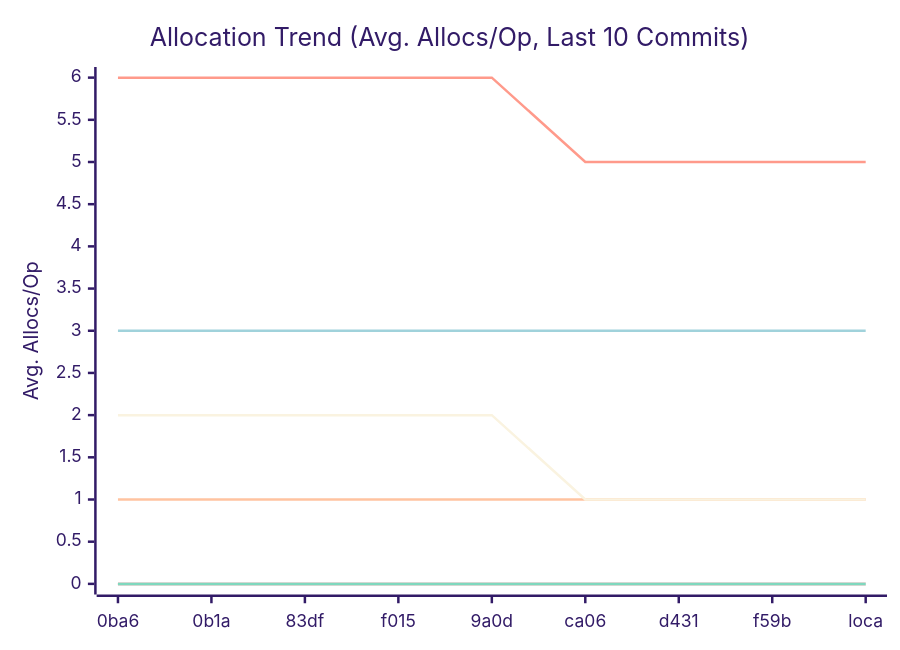
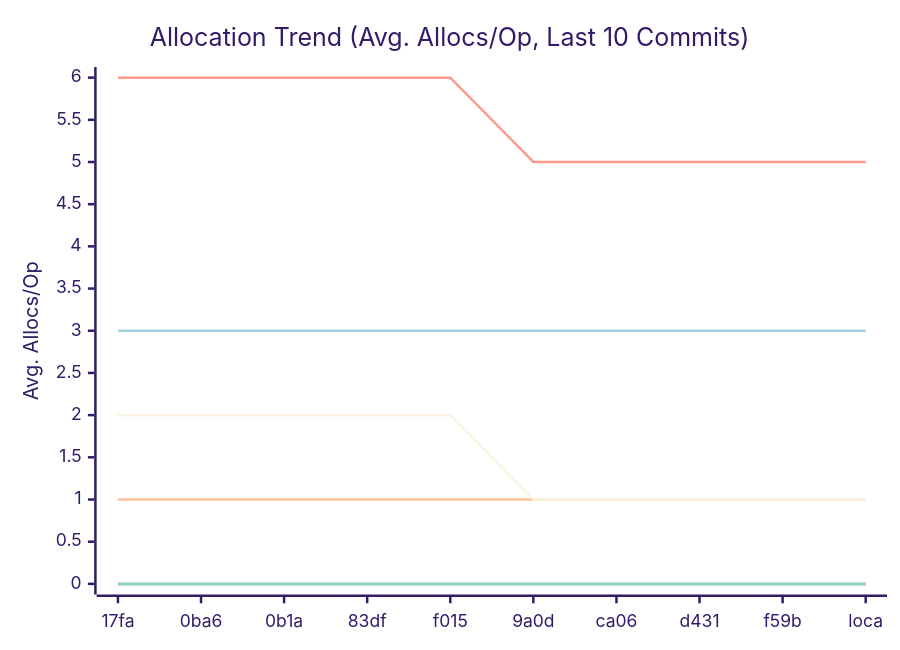
Before and after one commit to alsotoes/momo: the third of 3 diagrams in docs/PERFORMANCE.md, drawn with Mermaid (forest theme). The commit also changed other lines of this file and 9 other files, not shown here.

````diff
--- a/docs/PERFORMANCE.md
+++ b/docs/PERFORMANCE.md
@@ -114,16 +115,16 @@
 ```mermaid
 xychart-beta
     title "Allocation Trend (Avg. Allocs/Op, Last 10 Commits)"
     x-axis "Commit"
     y-axis "Avg. Allocs/Op"
-    x-axis [0ba6,0b1a,83df,f015,9a0d,ca06,d431,f59b,loca]
+    x-axis [17fa,0ba6,0b1a,83df,f015,9a0d,ca06,d431,f59b,loca]
     line "CheckMetricsAndSwap" [0,0,0,0,0,0,0,0,0,0]
     line "CrushOptimized" [0,0,0,0,0,0,0,0,0,0]
     line "CrushOriginal" [3,3,3,3,3,3,3,3,3,3]
     line "IndexDirectTracking" [0,0,0,0,0,0,0,0,0,0]
     line "IndexSearch" [0,0,0,0,0,0,0,0,0,0]
     line "LoadGlobalConfig" [1,1,1,1,1,1,1,1,1,1]
     line "PadString" [0,0,0,0,0,0,0,0,0,0]
     line "ParseReplicationOrder_NoPrealloc" [6,6,6,6,6,5,5,5,5,5]
     line "ParseReplicationOrder_Prealloc" [2,2,2,2,2,1,1,1,1,1]
 ```
````
